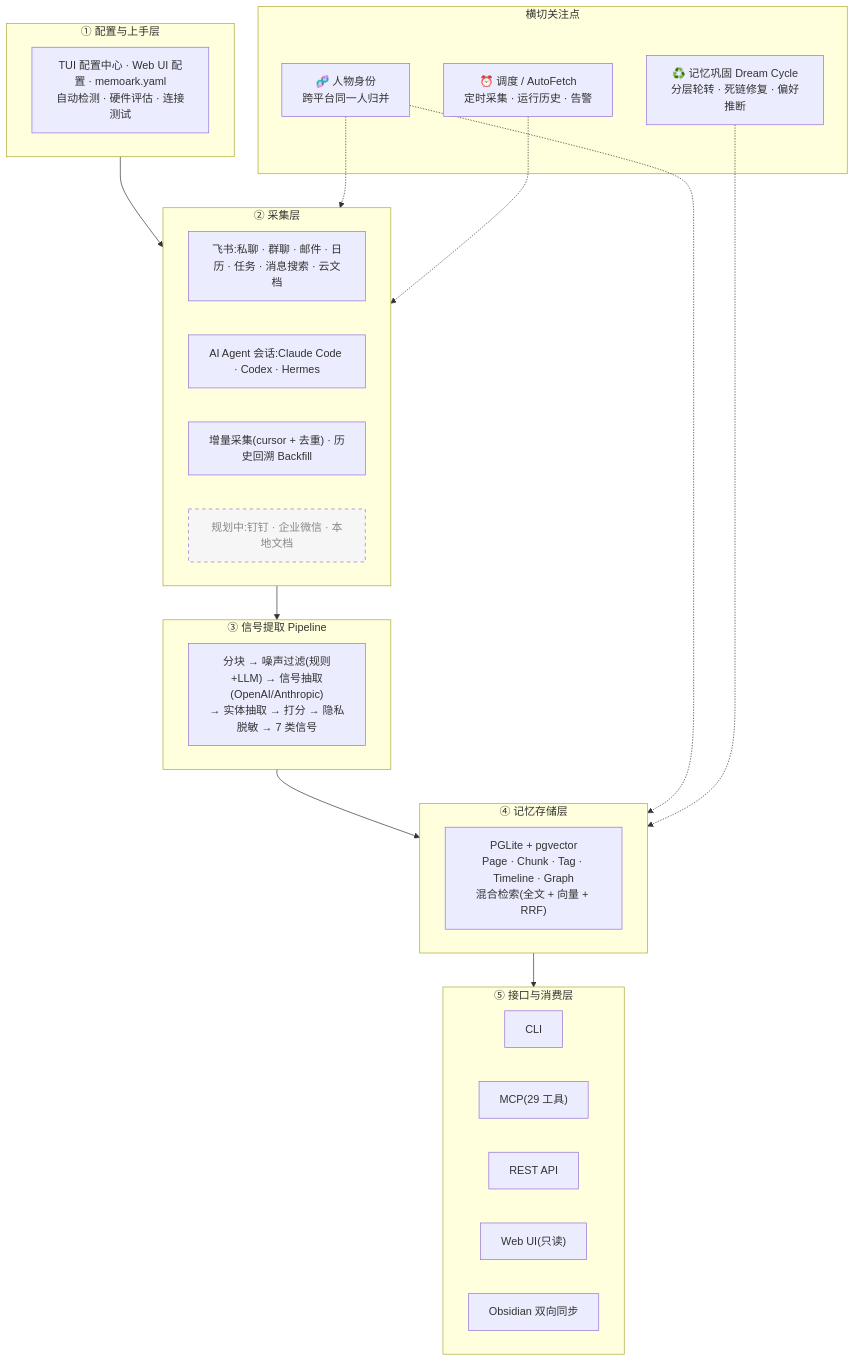
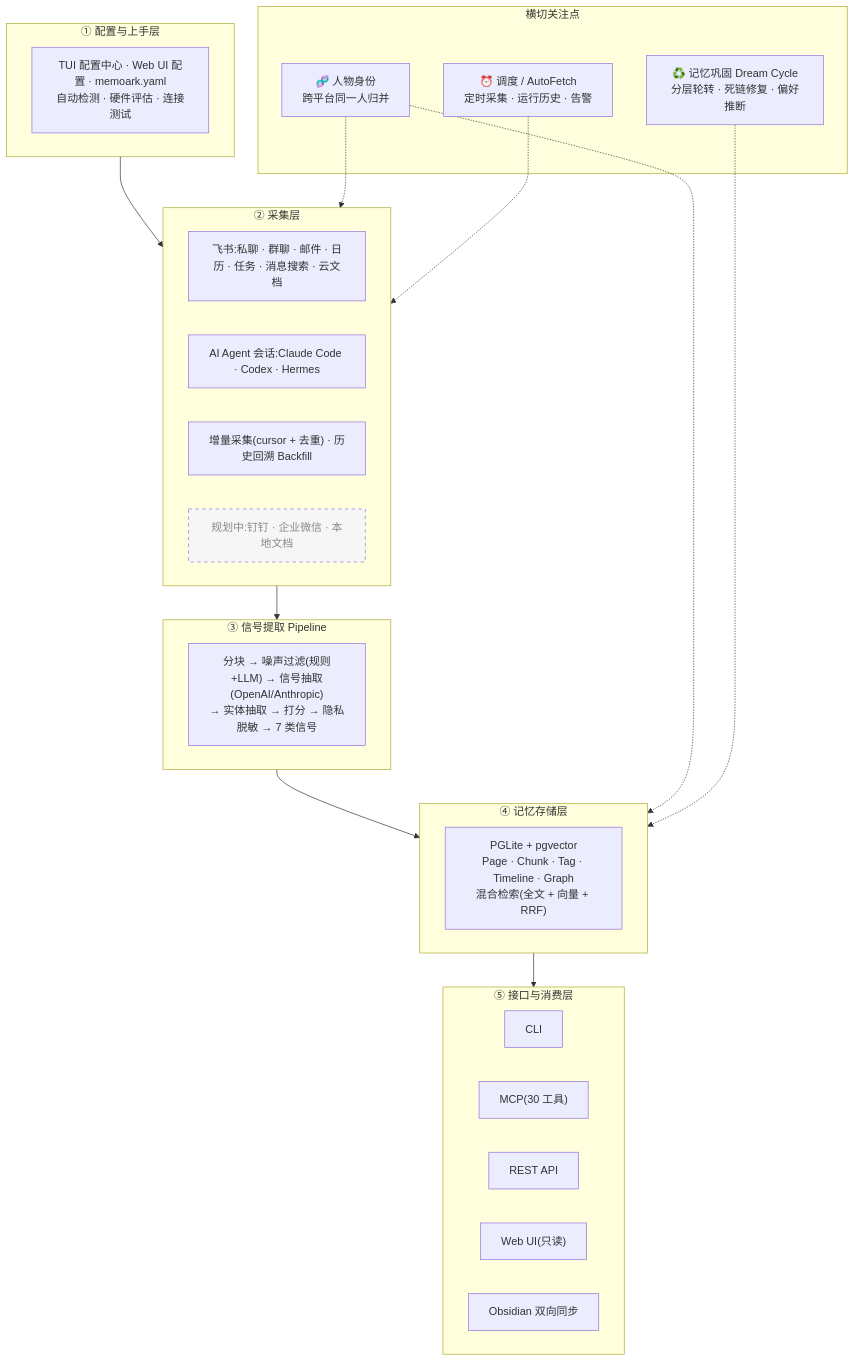
Before and after one commit to AndreLYL/memkin: the diagram in README.md, drawn with Mermaid. The commit also changed other lines of this file and 1 other file, not shown here.

First line of the commit message:
docs(readme): add daily_report + doc action_items to tools/roadmap

````diff
--- a/README.md
+++ b/README.md
@@ -482,40 +482,40 @@
 ```mermaid
 flowchart TB
   subgraph L1["① 配置与上手层"]
     cfg["TUI 配置中心 · Web UI 配置 · memoark.yaml<br/>自动检测 · 硬件评估 · 连接测试"]
   end
   subgraph L2["② 采集层"]
     feishu["飞书:私聊 · 群聊 · 邮件 · 日历 · 任务 · 消息搜索 · 云文档"]
     agent["AI Agent 会话:Claude Code · Codex · Hermes"]
     inc["增量采集(cursor + 去重) · 历史回溯 Backfill"]
     planned1["规划中:钉钉 · 企业微信 · 本地文档"]:::planned
   end
   subgraph L3["③ 信号提取 Pipeline"]
     pipe["分块 → 噪声过滤(规则+LLM) → 信号抽取(OpenAI/Anthropic)<br/>→ 实体抽取 → 打分 → 隐私脱敏 → 7 类信号"]
   end
   subgraph L4["④ 记忆存储层"]
     store["PGLite + pgvector<br/>Page · Chunk · Tag · Timeline · Graph<br/>混合检索(全文 + 向量 + RRF)"]
   end
   subgraph L5["⑤ 接口与消费层"]
     cli["CLI"]
-    mcp["MCP(29 工具)"]
+    mcp["MCP(30 工具)"]
     rest["REST API"]
     web["Web UI(只读)"]
     obs["Obsidian 双向同步"]
   end
 
   L1 --> L2 --> L3 --> L4 --> L5
 
   subgraph X["横切关注点"]
     id["🧬 人物身份<br/>跨平台同一人归并"]
     cons["♻️ 记忆巩固 Dream Cycle<br/>分层轮转 · 死链修复 · 偏好推断"]
     sched["⏰ 调度 / AutoFetch<br/>定时采集 · 运行历史 · 告警"]
   end
 
   id -.-> L2
   id -.-> L4
   cons -.-> L4
   sched -.-> L2
 
   classDef planned stroke-dasharray: 5 5,fill:#f6f6f6,color:#888;
 ```
````
